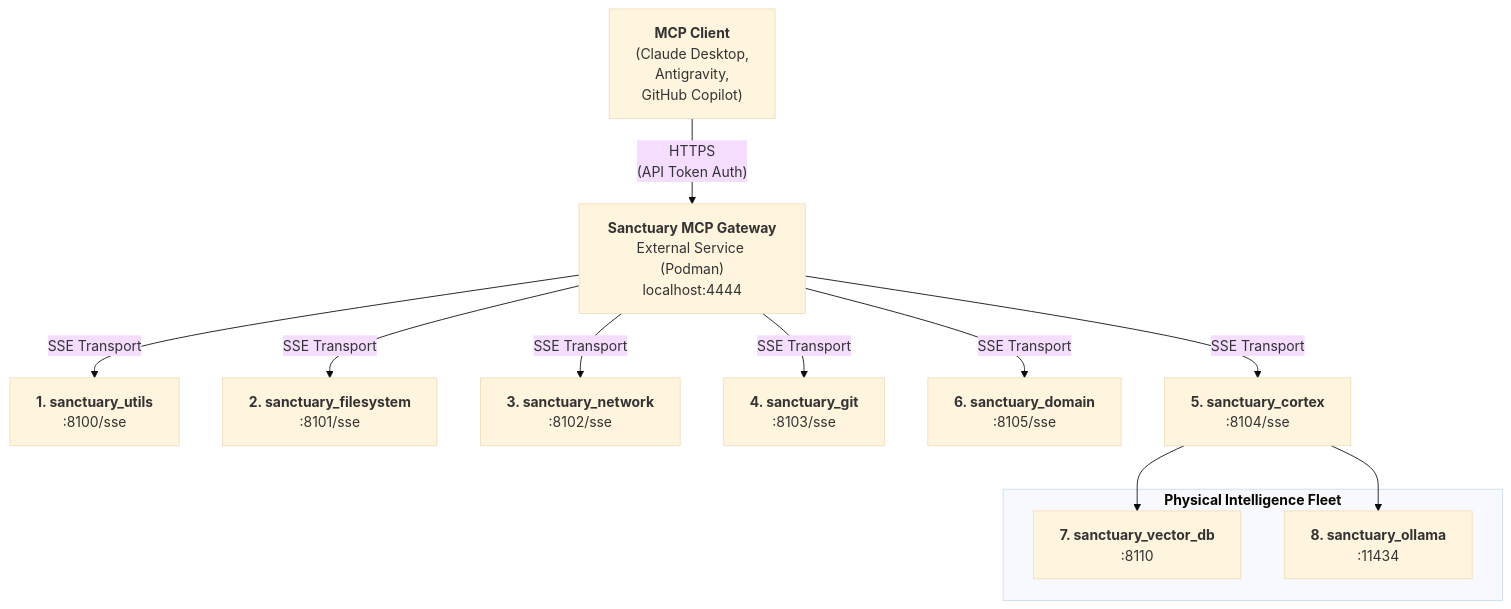
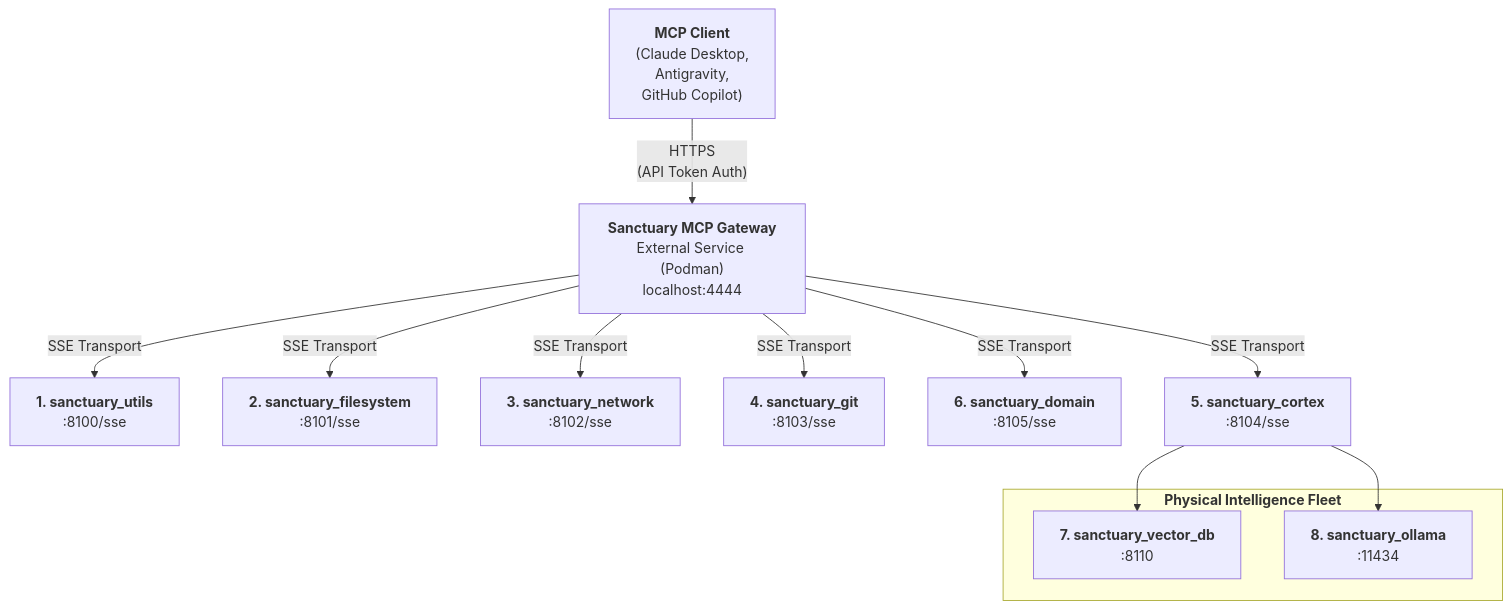
Before and after one commit to richfrem/Project_Sanctuary: the second of 7 diagrams in README.md, drawn with Mermaid. The commit also changed other lines of this file and 92 other files, not shown here.

````diff
--- a/README.md
+++ b/README.md
@@ -134,24 +134,19 @@
 ```mermaid
----
-config:
-  theme: base
-  layout: dagre
----
 flowchart TB
     Client["<b>MCP Client</b><br>(Claude Desktop,<br>Antigravity,<br>GitHub Copilot)"] -- HTTPS<br>(API Token Auth) --> Gateway["<b>Sanctuary MCP Gateway</b><br>External Service (Podman)<br>localhost:4444"]
     
     Gateway -- SSE Transport --> Utils["<b>1. sanctuary_utils</b><br>:8100/sse"]
     Gateway -- SSE Transport --> Filesystem["<b>2. sanctuary_filesystem</b><br>:8101/sse"]
     Gateway -- SSE Transport --> Network["<b>3. sanctuary_network</b><br>:8102/sse"]
     Gateway -- SSE Transport --> Git["<b>4. sanctuary_git</b><br>:8103/sse"]
     Gateway -- SSE Transport --> Domain["<b>6. sanctuary_domain</b><br>:8105/sse"]
     Gateway -- SSE Transport --> Cortex["<b>5. sanctuary_cortex</b><br>:8104/sse"]
     
     subgraph Backends["<b>Physical Intelligence Fleet</b>"]
         VectorDB["<b>7. sanctuary_vector_db</b><br>:8110"]
         Ollama["<b>8. sanctuary_ollama</b><br>:11434"]
     end
 
     Cortex --> VectorDB
     Cortex --> Ollama
 ```
````
